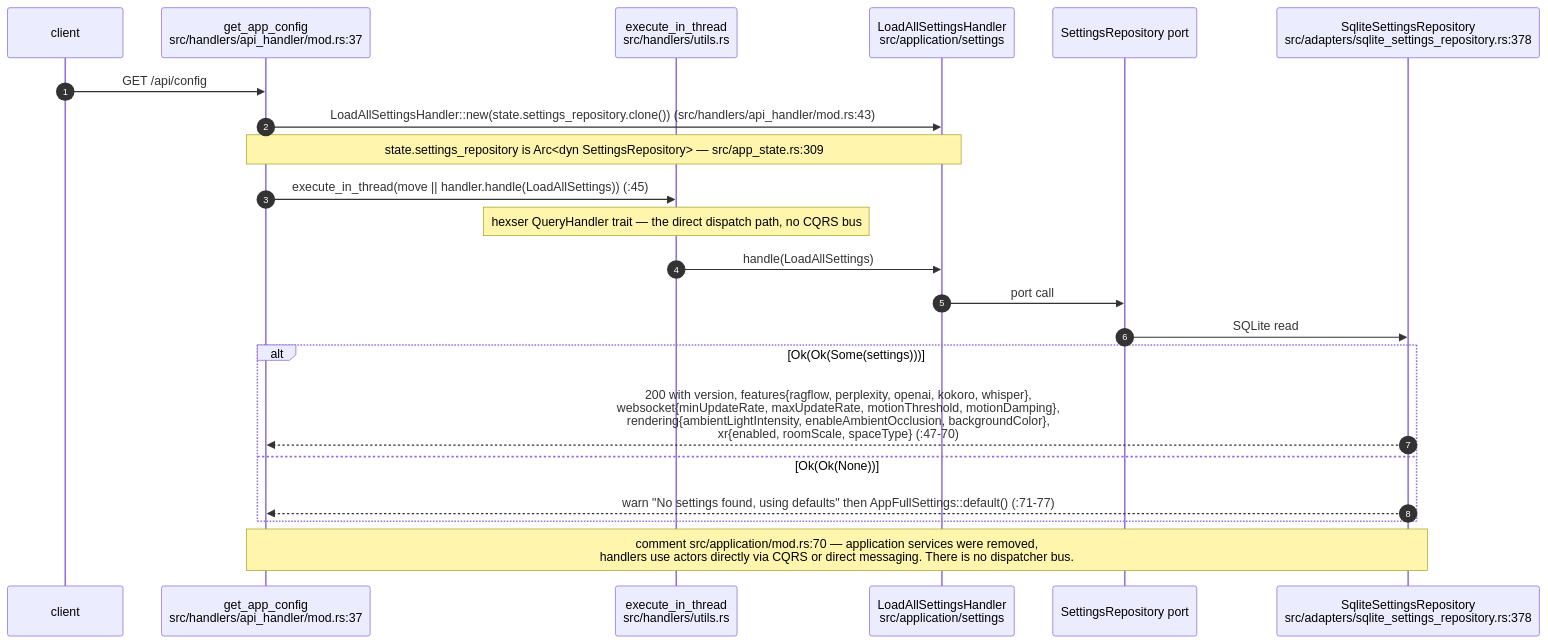
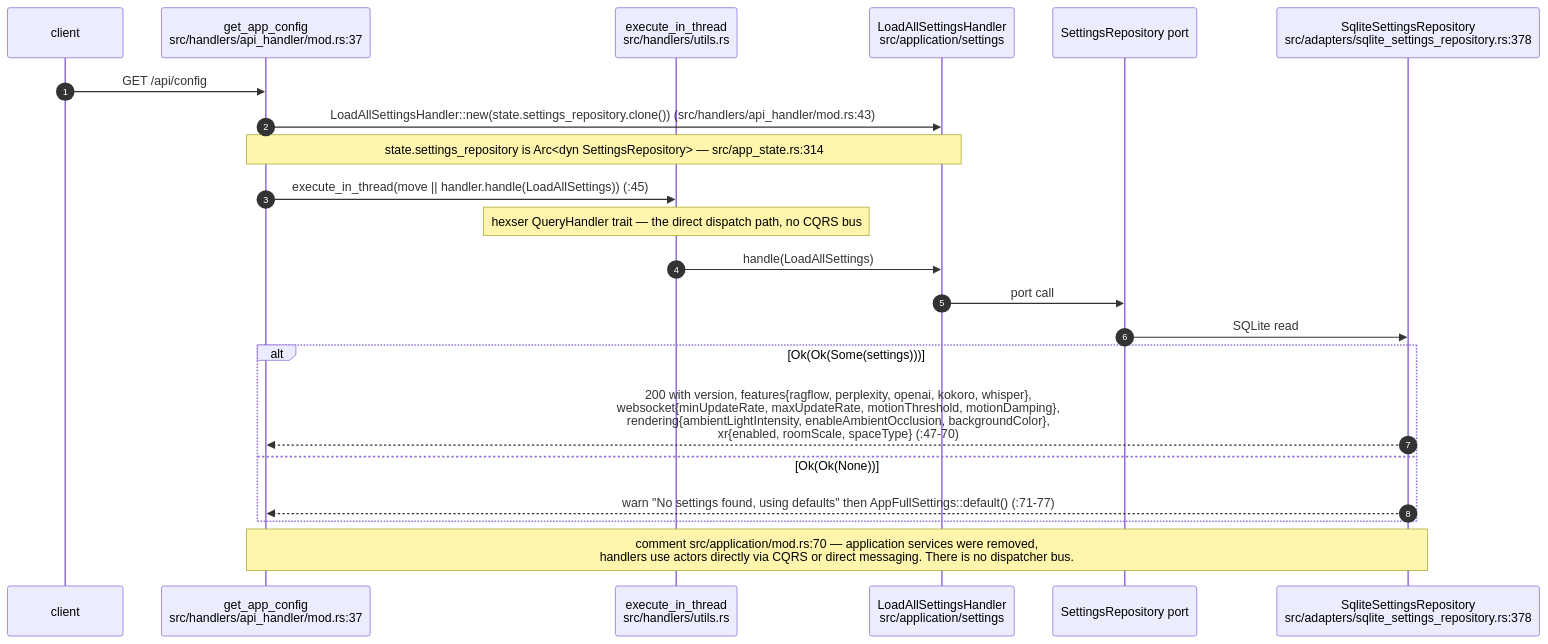
One commit to DreamLab-AI/AR-AI-Knowledge-Graph changed the seventh of 11 diagrams in docs/diagrams/visionclaw/07-hexagonal-ports-and-crates.md. Above: the diagram before and after it, drawn with Mermaid. The commit also changed other lines of this file and 73 other files, not shown here.

First line of the commit message:
docs(diagrams): re-verify all 71 topic files against HEAD; add --cite-check

````diff
--- a/docs/diagrams/visionclaw/07-hexagonal-ports-and-crates.md
+++ b/docs/diagrams/visionclaw/07-hexagonal-ports-and-crates.md
@@ -294,25 +294,25 @@
 ```mermaid
 sequenceDiagram
     autonumber
     participant CL as client
     participant H as get_app_config<br/>src/handlers/api_handler/mod.rs:37
     participant EX as execute_in_thread<br/>src/handlers/utils.rs
     participant QH as LoadAllSettingsHandler<br/>src/application/settings
     participant PT as SettingsRepository port
     participant AD as SqliteSettingsRepository<br/>src/adapters/sqlite_settings_repository.rs:378
 
     CL->>H: GET /api/config
     H->>QH: LoadAllSettingsHandler::new(state.settings_repository.clone()) (src/handlers/api_handler/mod.rs:43)
-    Note over H,QH: state.settings_repository is Arc<dyn SettingsRepository> — src/app_state.rs:309
+    Note over H,QH: state.settings_repository is Arc<dyn SettingsRepository> — src/app_state.rs:314
     H->>EX: execute_in_thread(move || handler.handle(LoadAllSettings)) (:45)
     Note over EX: hexser QueryHandler trait — the direct dispatch path, no CQRS bus
     EX->>QH: handle(LoadAllSettings)
     QH->>PT: port call
     PT->>AD: SQLite read
     alt Ok(Ok(Some(settings)))
         AD-->>H: 200 with version, features{ragflow, perplexity, openai, kokoro, whisper},<br/>websocket{minUpdateRate, maxUpdateRate, motionThreshold, motionDamping},<br/>rendering{ambientLightIntensity, enableAmbientOcclusion, backgroundColor},<br/>xr{enabled, roomScale, spaceType} (:47-70)
     else Ok(Ok(None))
         AD-->>H: warn "No settings found, using defaults" then AppFullSettings::default() (:71-77)
     end
     Note over H,AD: comment src/application/mod.rs:70 — application services were removed,<br/>handlers use actors directly via CQRS or direct messaging. There is no dispatcher bus.
 ```
````
